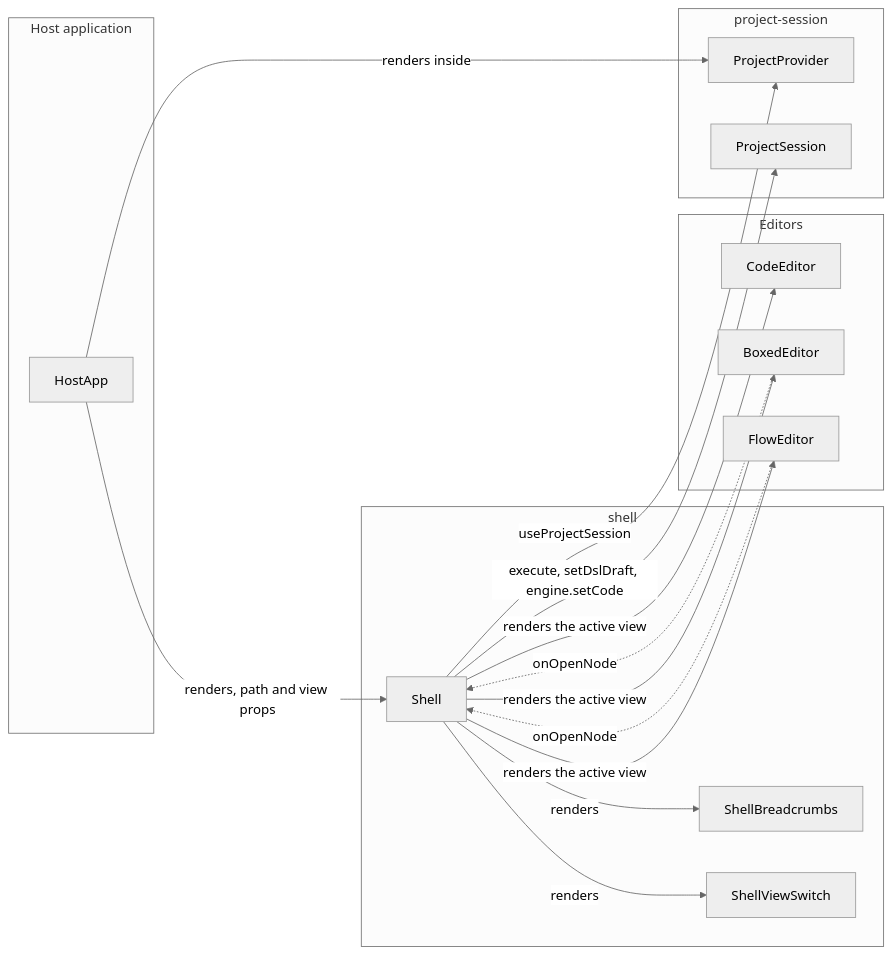
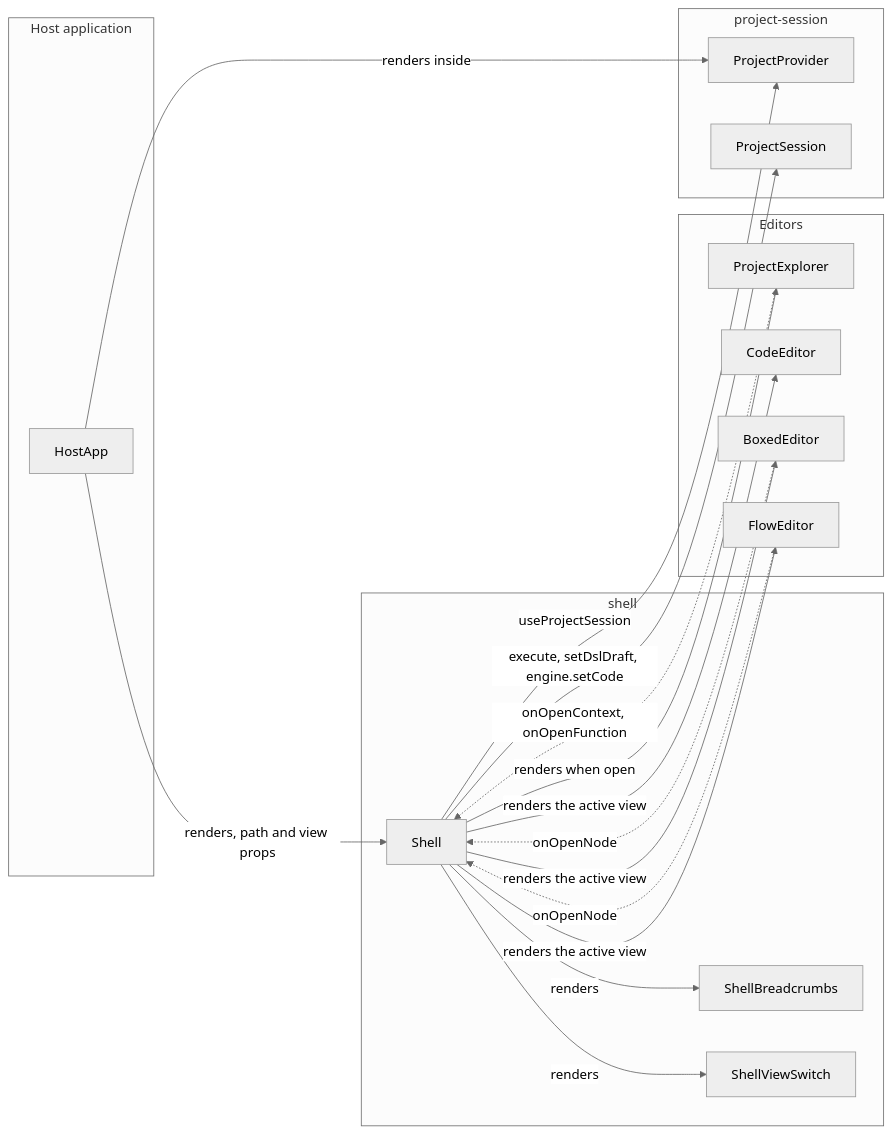
The first of 3 diagrams in docs/specs/shell-spec.md (rimvydasb/edgerules-react), drawn with Mermaid (neutral theme) before and after one commit. The commit also changed other lines of this file and 15 other files, not shown here.

Commit message:
added project explorer redesign

````diff
--- a/docs/specs/shell-spec.md
+++ b/docs/specs/shell-spec.md
@@ -50,31 +55,34 @@
 ```mermaid
 flowchart LR
     subgraph host["Host application"]
         HostApp["HostApp"]
     end
     subgraph shell["shell"]
         Shell
         ShellBreadcrumbs
         ShellViewSwitch
     end
     subgraph editors["Editors"]
+        ProjectExplorer
         CodeEditor
         BoxedEditor
         FlowEditor
     end
     subgraph session["project-session"]
         ProjectProvider
         ProjectSession
     end
     HostApp -->|renders inside| ProjectProvider
     HostApp -->|renders, path and view props| Shell
     Shell -->|useProjectSession| ProjectProvider
     Shell -->|renders| ShellBreadcrumbs
     Shell -->|renders| ShellViewSwitch
+    Shell -->|renders when open| ProjectExplorer
     Shell -->|renders the active view| CodeEditor
     Shell -->|renders the active view| BoxedEditor
     Shell -->|renders the active view| FlowEditor
     Shell -->|execute, setDslDraft, engine.setCode| ProjectSession
+    ProjectExplorer -.->|onOpenContext, onOpenFunction| Shell
     BoxedEditor -.->|onOpenNode| Shell
     FlowEditor -.->|onOpenNode| Shell
 ```
````
